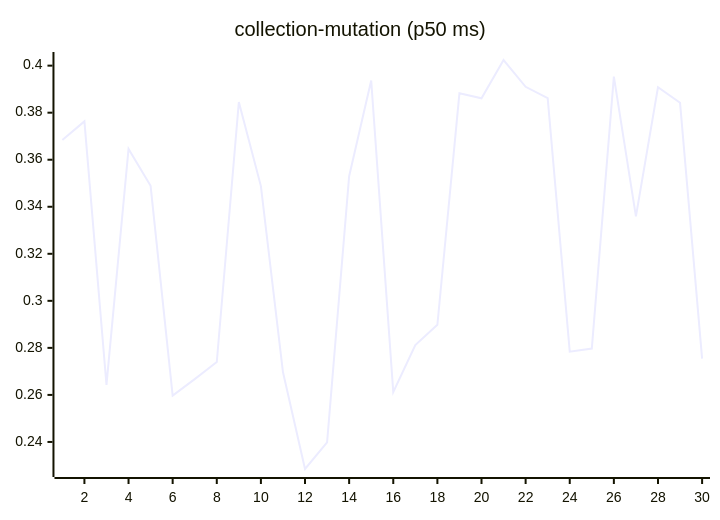
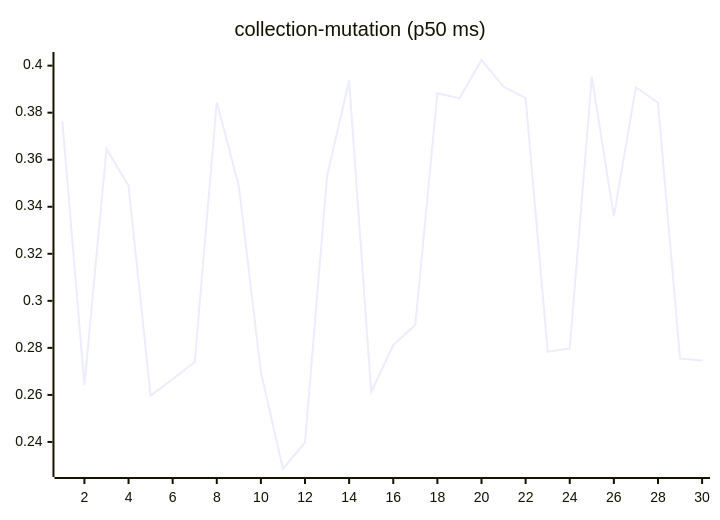
One commit to josha/Facet changed the sixth of 27 diagrams in README.md. Above: the diagram before and after it, drawn with Mermaid. The commit also changed other lines of this file and 2 other files, not shown here.

````diff
--- a/README.md
+++ b/README.md
@@ -98,6 +98,6 @@
 ```mermaid
 xychart-beta
     title "collection-mutation (p50 ms)"
     x-axis 1 --> 30
-    line [0.3684, 0.3763, 0.2643, 0.3646, 0.3489, 0.2597, 0.2667, 0.2740, 0.3845, 0.3488, 0.2697, 0.2285, 0.2398, 0.3530, 0.3937, 0.2612, 0.2812, 0.2898, 0.3883, 0.3861, 0.4024, 0.3910, 0.3862, 0.2784, 0.2797, 0.3953, 0.3359, 0.3908, 0.3842, 0.2754]
+    line [0.3763, 0.2643, 0.3646, 0.3489, 0.2597, 0.2667, 0.2740, 0.3845, 0.3488, 0.2697, 0.2285, 0.2398, 0.3530, 0.3937, 0.2612, 0.2812, 0.2898, 0.3883, 0.3861, 0.4024, 0.3910, 0.3862, 0.2784, 0.2797, 0.3953, 0.3359, 0.3908, 0.3842, 0.2754, 0.2746]
 ```
````
